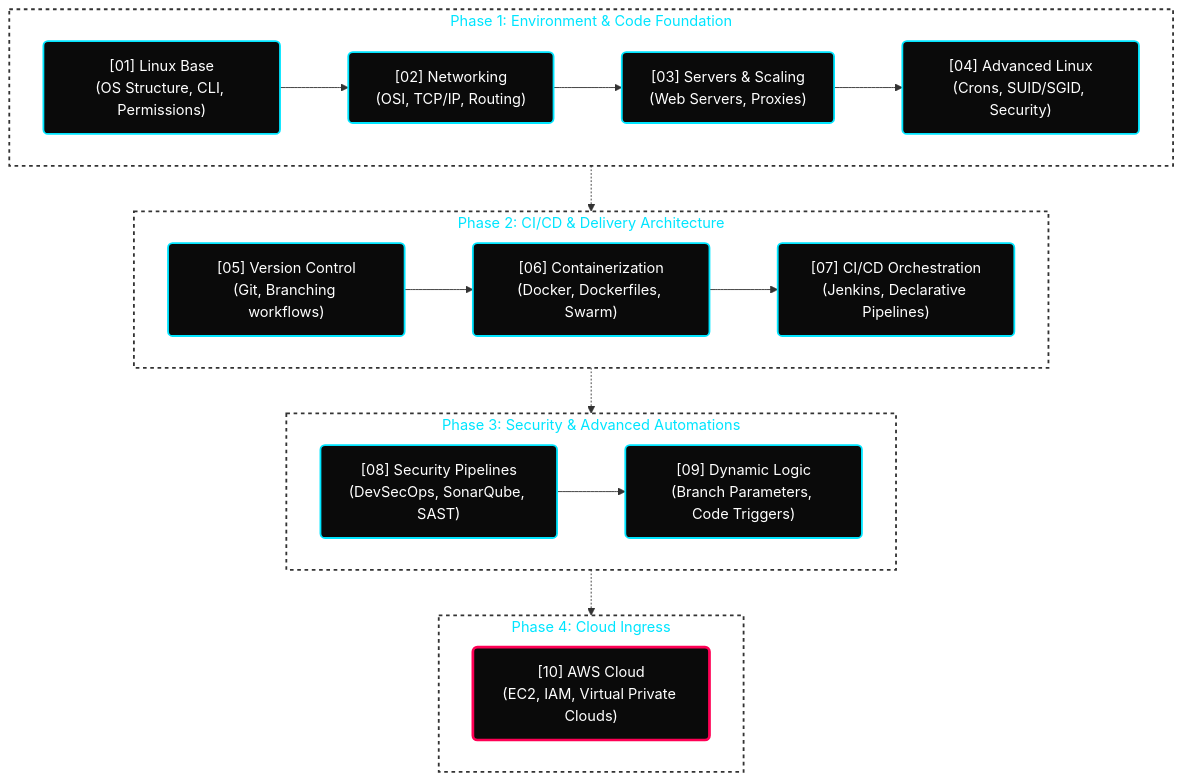
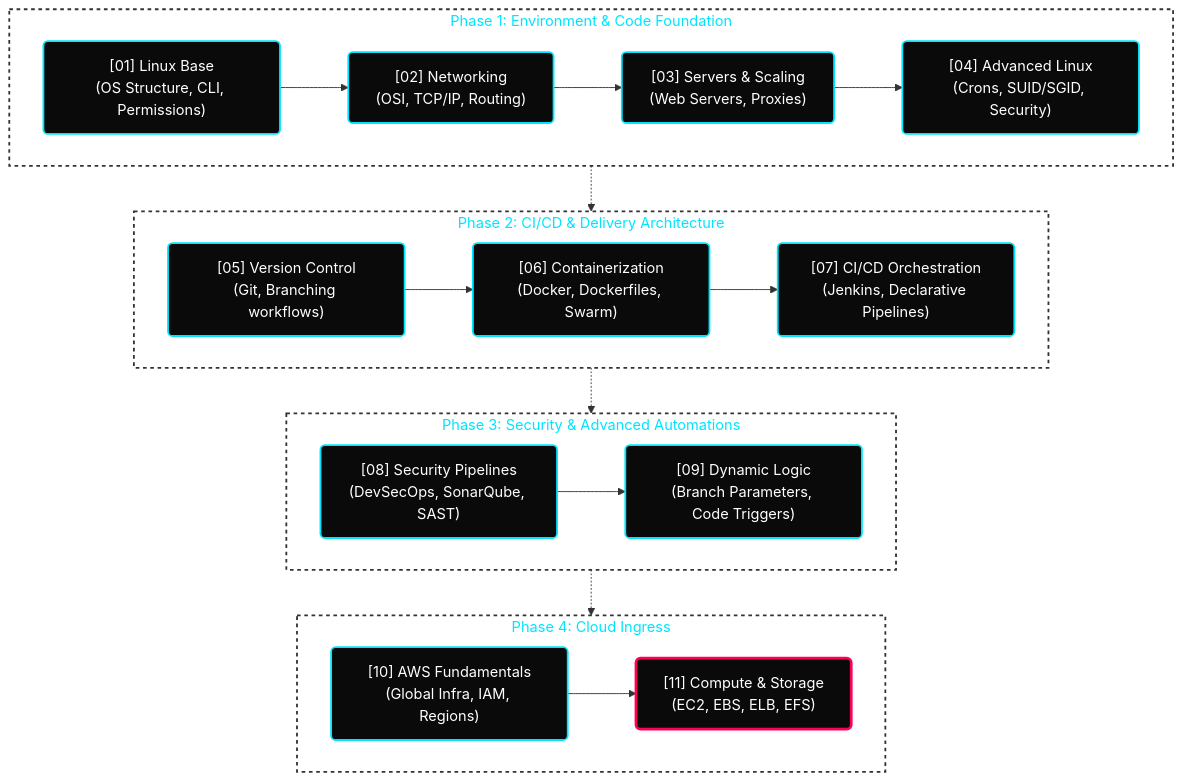
The diagram in README.md (hridyen/DevOps-Survival-Roadmap), drawn with Mermaid before and after one commit. The commit also changed other lines of this file and 9 other files, not shown here.

Commit message:
moving ec2 to week-11 and updating timeline

````diff
--- a/README.md
+++ b/README.md
@@ -92,34 +94,35 @@
 ```mermaid
 flowchart TD
     classDef default fill:#0A0A0A,stroke:#00E5FF,stroke-width:2px,color:#FFFFFF,rx:5px,ry:5px;
     classDef active fill:#0A0A0A,stroke:#FF0055,stroke-width:3px,color:#FFFFFF,rx:5px,ry:5px;
     classDef phase fill:transparent,stroke:#333333,stroke-width:2px,stroke-dasharray: 4 4,color:#00E5FF;
 
     subgraph P1 [Phase 1: Environment & Code Foundation]
         A["[01] Linux Base<br/>(OS Structure, CLI, Permissions)"] --> 
         B["[02] Networking<br/>(OSI, TCP/IP, Routing)"] --> 
         C["[03] Servers & Scaling<br/>(Web Servers, Proxies)"] --> 
         D["[04] Advanced Linux<br/>(Crons, SUID/SGID, Security)"]
     end
 
     subgraph P2 [Phase 2: CI/CD & Delivery Architecture]
         E["[05] Version Control<br/>(Git, Branching workflows)"] --> 
         F["[06] Containerization<br/>(Docker, Dockerfiles, Swarm)"] --> 
         G["[07] CI/CD Orchestration<br/>(Jenkins, Declarative Pipelines)"]
     end
 
     subgraph P3 [Phase 3: Security & Advanced Automations]
         H["[08] Security Pipelines<br/>(DevSecOps, SonarQube, SAST)"] --> 
         I["[09] Dynamic Logic<br/>(Branch Parameters, Code Triggers)"]
     end
 
     subgraph P4 [Phase 4: Cloud Ingress]
-        J["[10] AWS Cloud<br/>(EC2, IAM, Virtual Private Clouds)"]:::active
+        J["[10] AWS Fundamentals<br/>(Global Infra, IAM, Regions)"] -->
+        K["[11] Compute & Storage<br/>(EC2, EBS, ELB, EFS)"]:::active
     end
 
     P1 -.-> P2
     P2 -.-> P3
     P3 -.-> P4
     
     class P1,P2,P3,P4 phase;
 ```
````
